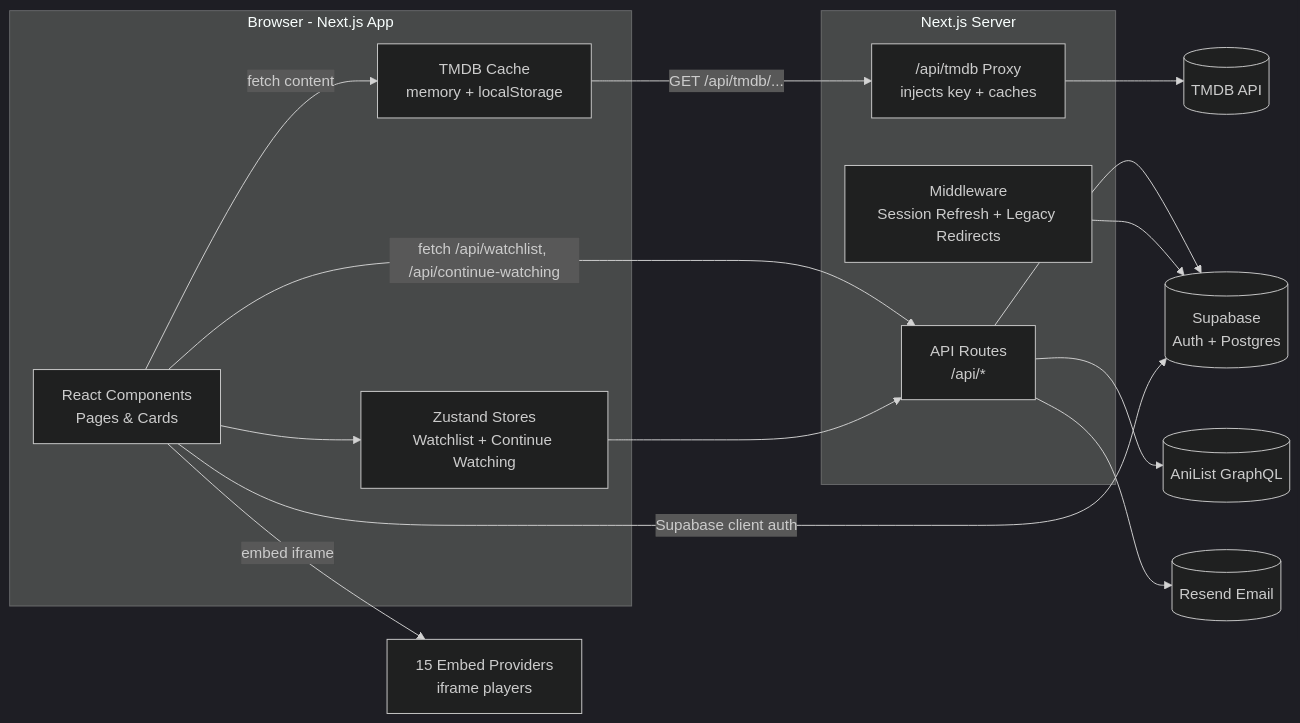
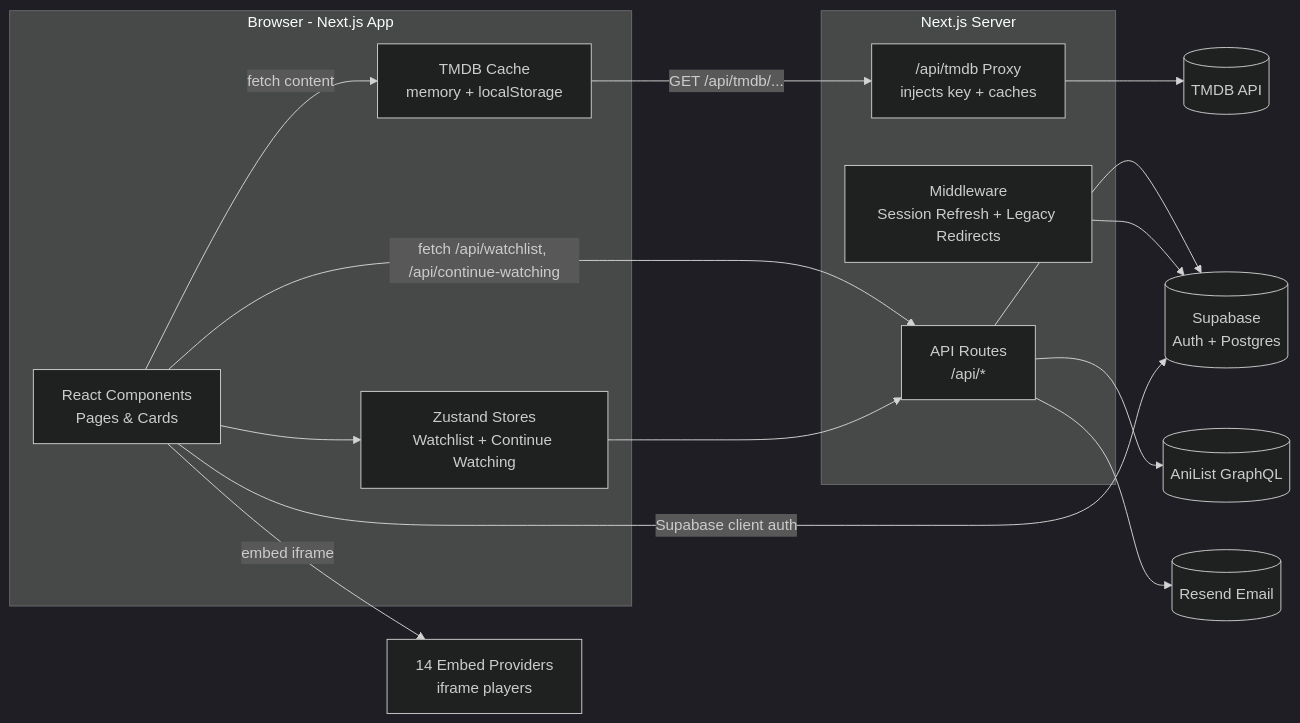
One commit to Manvithudupa/movime changed the diagram in README.md. Above: the diagram before and after it, drawn with Mermaid (dark theme). The commit also changed other lines of this file and 17 other files, not shown here.

````diff
--- a/README.md
+++ b/README.md
@@ -159,33 +177,33 @@
 ```mermaid
 flowchart LR
     subgraph Browser[Browser - Next.js App]
         UI[React Components<br/>Pages & Cards]
         ZS[Zustand Stores<br/>Watchlist + Continue Watching]
         CACHE[TMDB Cache<br/>memory + localStorage]
     end
 
     subgraph API[Next.js Server]
         AR["API Routes<br/>/api/*"]
         PXY["/api/tmdb Proxy<br/>injects key + caches"]
         MW[Middleware<br/>Session Refresh + Legacy Redirects]
     end
 
     TMDB[(TMDB API)]
     ANI[(AniList GraphQL)]
     SUP[(Supabase<br/>Auth + Postgres)]
     RES[(Resend Email)]
-    EMB[15 Embed Providers<br/>iframe players]
+    EMB[14 Embed Providers<br/>iframe players]
 
     UI -->|fetch content| CACHE
     CACHE -->|GET /api/tmdb/...| PXY
     PXY --> TMDB
     UI -->|fetch /api/watchlist, /api/continue-watching| AR
     UI -->|embed iframe| EMB
     AR --> SUP
     AR --> ANI
     AR --> RES
     MW --> SUP
     UI --> ZS
     ZS --> AR
     UI -->|Supabase client auth| SUP
 ```
````
